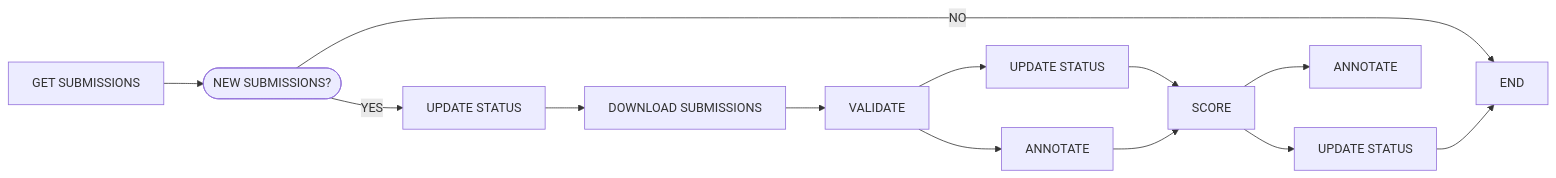
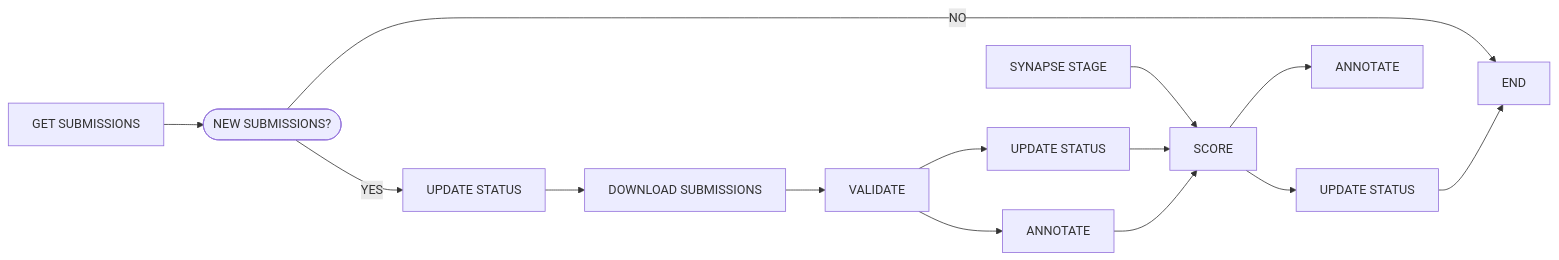
One commit to vpchung/nf-synapse-challenge changed the second of 2 diagrams in README.md. Above: the diagram before and after it, drawn with Mermaid. The commit also changed other lines of this file and 21 other files, not shown here.

````diff
--- a/README.md
+++ b/README.md
@@ -107,15 +108,16 @@
 ```mermaid
   flowchart LR;
-    A[GET SUBMISSIONS]-->B([NEW SUBMISSIONS?]);
-    B-->|YES|C[UPDATE STATUS];
-    B-->|NO|END;
-    C-->D[DOWNLOAD SUBMISSIONS];
-    D-->E[VALIDATE];
-    E-->F[UPDATE STATUS];
-    E-->G[ANNOTATE];
-    F-->H[SCORE];
-    G-->H;
-    H-->I[UPDATE STATUS];
-    H-->J[ANNOTATE];
-    I-->END;
+    A[SYNAPSE STAGE]-->I[SCORE];
+    B[GET SUBMISSIONS]-->C([NEW SUBMISSIONS?]);
+    C-->|YES|D[UPDATE STATUS];
+    C-->|NO|END;
+    D-->E[DOWNLOAD SUBMISSIONS];
+    E-->F[VALIDATE];
+    F-->G[UPDATE STATUS];
+    F-->H[ANNOTATE];
+    G-->I[SCORE];
+    H-->I;
+    I-->J[UPDATE STATUS];
+    I-->K[ANNOTATE];
+    J-->END;
 ```
````
